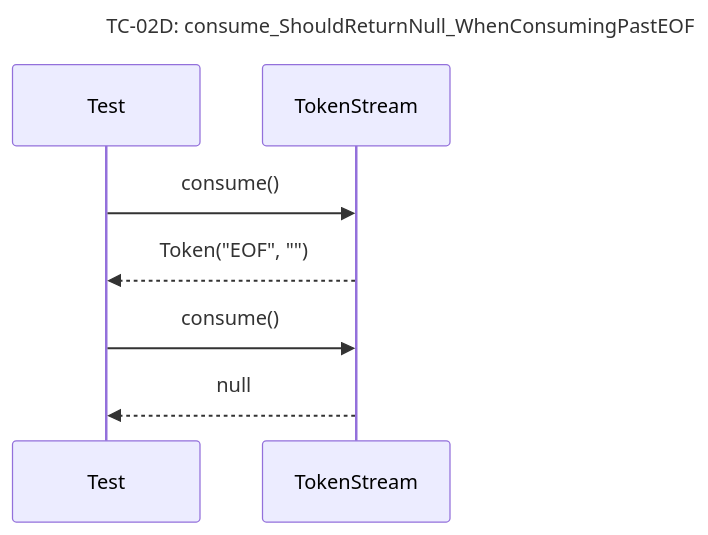
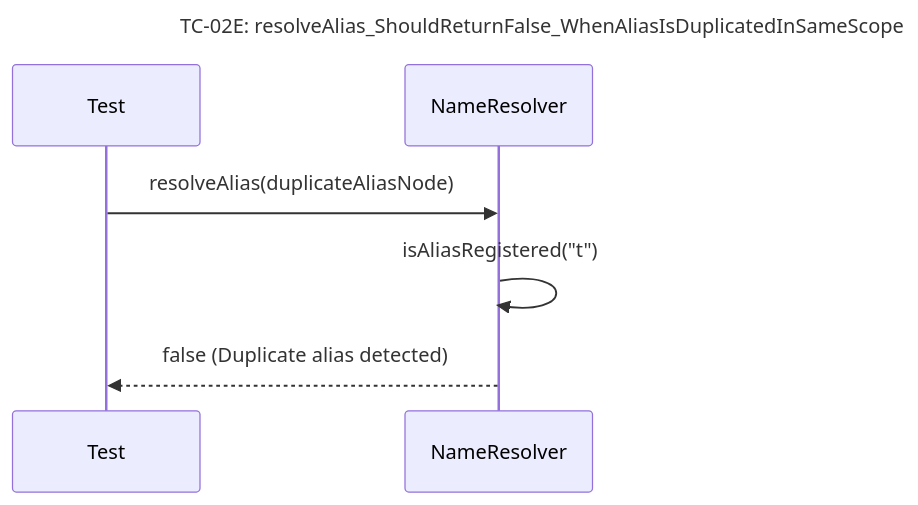
Before and after one commit to Dikhang1112/Database_Management_BBV: diagram 11 of 30 in docs/unit_test/query_prossor/SequeceTestCase.md, drawn with Mermaid. The commit also changed other lines of this file and 2 other files, not shown here.

Commit message:
Add unit test for senetic analysis

````diff
--- a/docs/unit_test/query_prossor/SequeceTestCase.md
+++ b/docs/unit_test/query_prossor/SequeceTestCase.md
@@ -140,11 +163,10 @@
 ```mermaid
 sequenceDiagram
-    title TC-02D: consume_ShouldReturnNull_WhenConsumingPastEOF
+    title TC-02E: resolveAlias_ShouldReturnFalse_WhenAliasIsDuplicatedInSameScope
     participant Test
-    participant TokenStream
+    participant NameResolver
 
-    Test->>TokenStream: consume()
-    TokenStream-->>Test: Token("EOF", "")
-    Test->>TokenStream: consume()
-    TokenStream-->>Test: null
+    Test->>NameResolver: resolveAlias(duplicateAliasNode)
+    NameResolver->>NameResolver: isAliasRegistered("t")
+    NameResolver-->>Test: false (Duplicate alias detected)
 ```
````
